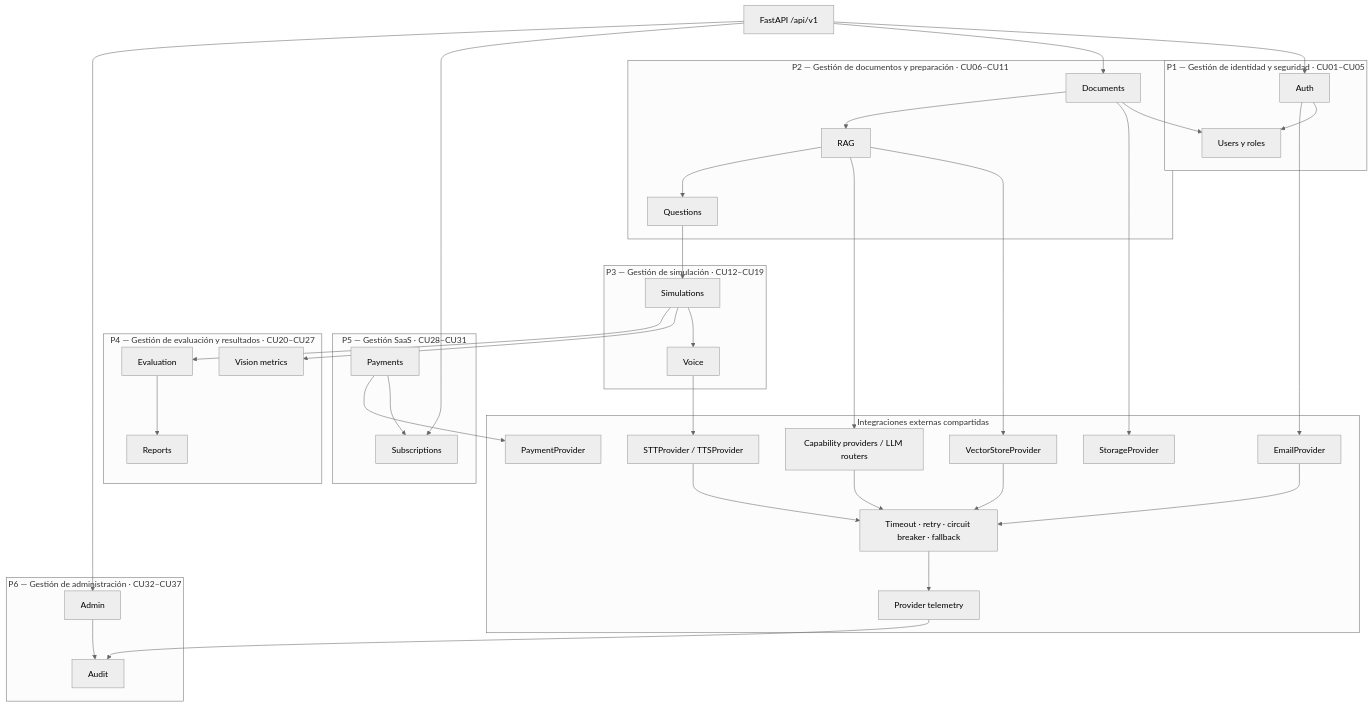
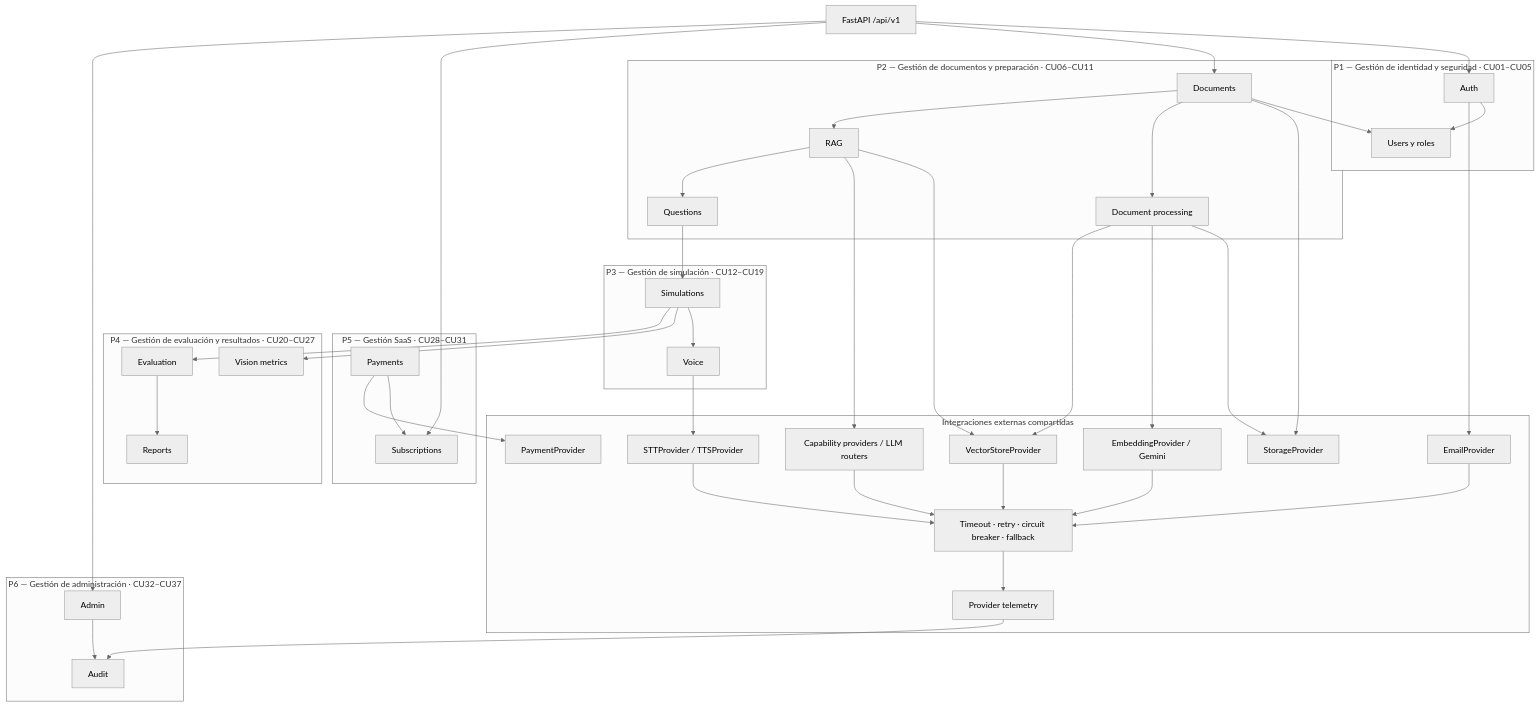
One commit to BrayanJoelRamosVargas1/SOCRATIA_SW1 changed the diagram in docs/c4/backend-components.md. Above: the diagram before and after it, drawn with Mermaid (neutral theme). The commit also changed other lines of this file and 38 other files, not shown here.

Commit message:
feat: process documents with Gemini and Pinecone

````diff
--- a/docs/c4/backend-components.md
+++ b/docs/c4/backend-components.md
@@ -3,64 +3,71 @@
 ```mermaid
 flowchart TB
   API[FastAPI /api/v1]
   subgraph P1[P1 — Gestión de identidad y seguridad · CU01–CU05]
     Auth[Auth]
     Users[Users y roles]
   end
   subgraph P2[P2 — Gestión de documentos y preparación · CU06–CU11]
     Documents[Documents]
+    Processing[Document processing]
     RAG[RAG]
     Questions[Questions]
   end
   subgraph P3[P3 — Gestión de simulación · CU12–CU19]
     Simulations[Simulations]
     Voice[Voice]
   end
   subgraph P4[P4 — Gestión de evaluación y resultados · CU20–CU27]
     Vision[Vision metrics]
     Evaluation[Evaluation]
     Reports[Reports]
   end
   subgraph P5[P5 — Gestión SaaS · CU28–CU31]
     Subscriptions[Subscriptions]
     Payments[Payments]
   end
   subgraph P6[P6 — Gestión de administración · CU32–CU37]
     Admin[Admin]
     Audit[Audit]
   end
 
   subgraph Integrations[Integraciones externas compartidas]
     Storage[StorageProvider]
+    Embeddings[EmbeddingProvider / Gemini]
     LLM[Capability providers / LLM routers]
     PaymentProvider[PaymentProvider]
     VectorDB[VectorStoreProvider]
     Speech[STTProvider / TTSProvider]
     Email[EmailProvider]
     Resilience[Timeout · retry · circuit breaker · fallback]
     Telemetry[Provider telemetry]
   end
 
   API --> Auth --> Users
   Auth --> Email
   API --> Documents
   Documents --> Users
   Documents --> Storage
+  Documents --> Processing
+  Processing --> Storage
+  Processing --> Embeddings
+  Processing --> VectorDB
   Documents --> RAG --> VectorDB
   RAG --> LLM
   RAG --> Questions --> Simulations
   Simulations --> Voice
   Voice --> Speech
   Simulations --> Vision
   Simulations --> Evaluation --> Reports
   API --> Subscriptions
   Payments --> Subscriptions
   Payments --> PaymentProvider
   API --> Admin
   Admin --> Audit
   LLM --> Resilience
+  Embeddings --> Resilience
   Speech --> Resilience
   Email --> Resilience
   VectorDB --> Resilience
   Resilience --> Telemetry --> Audit
 ```
````
